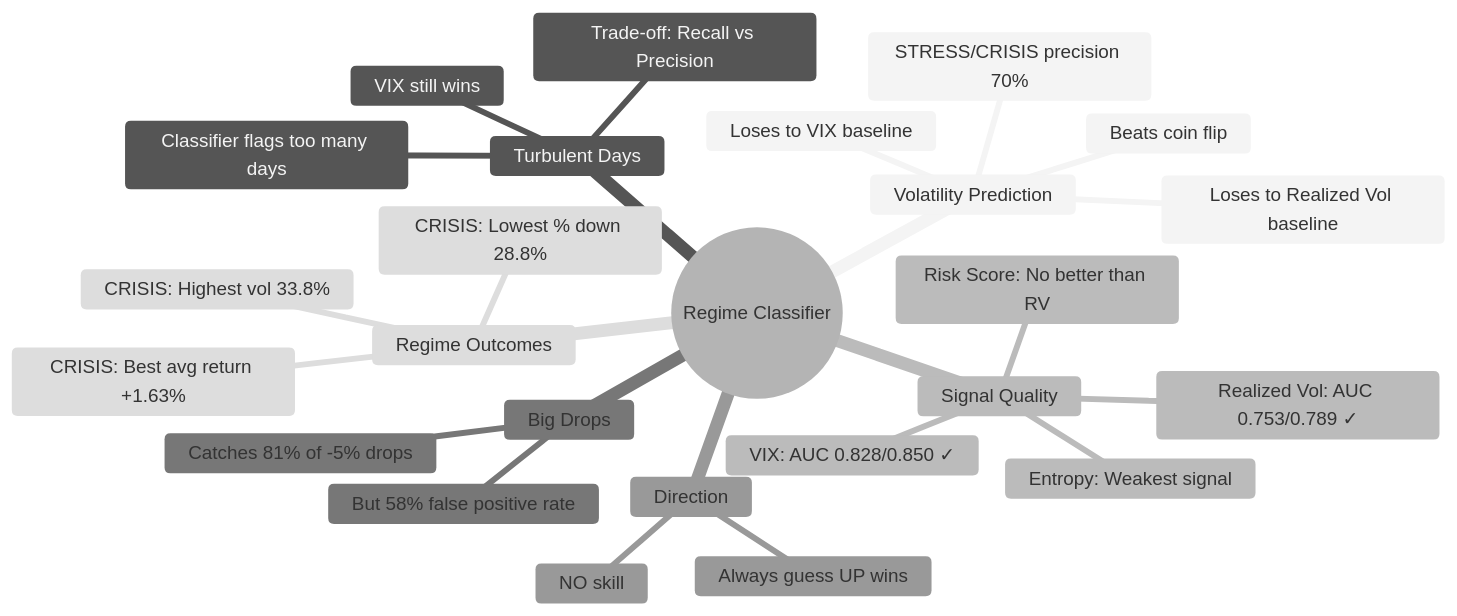
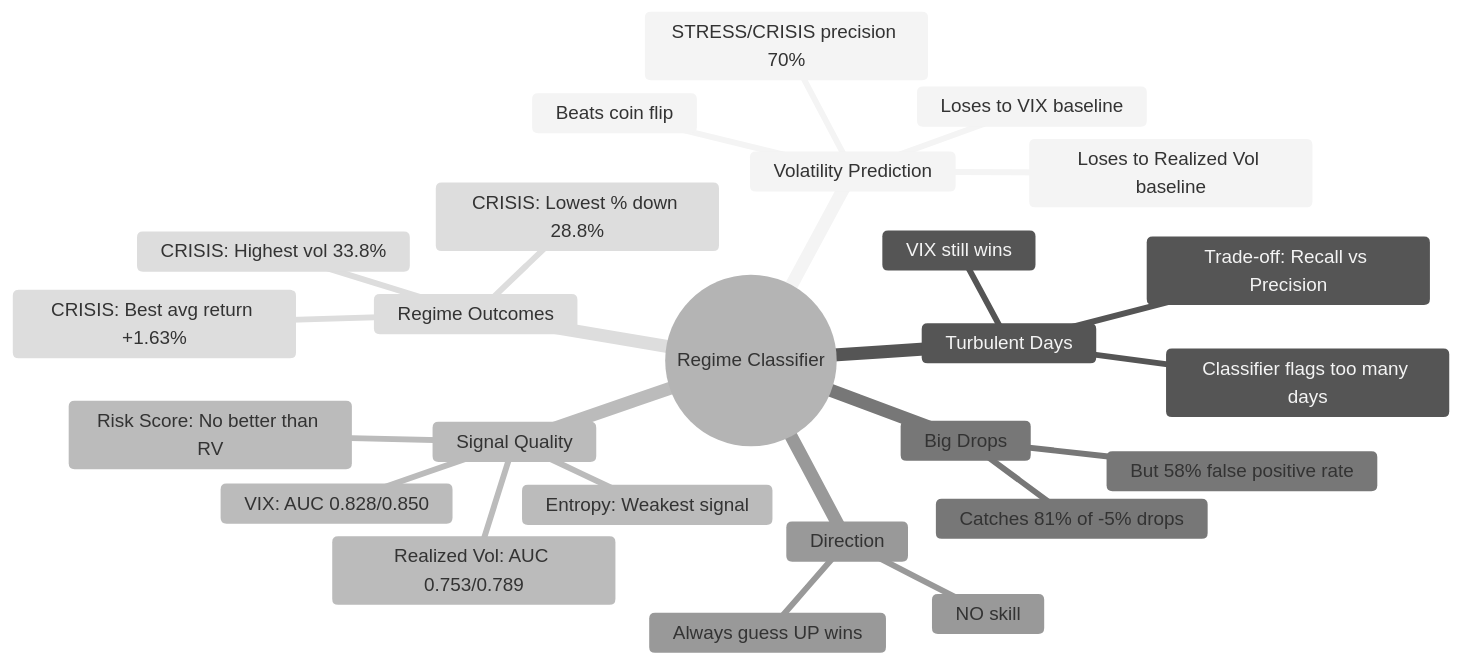
One commit to VarunGore36/regime-classifier changed diagram 20 of 20 in VISUALIZATION.md. Above: the diagram before and after it, drawn with Mermaid (neutral theme). The commit also changed other lines of this file, not shown here.

````diff
--- a/VISUALIZATION.md
+++ b/VISUALIZATION.md
@@ -343,28 +343,28 @@
 ```mermaid
 mindmap
   root((Regime Classifier))
     Volatility Prediction
       Beats coin flip
       Loses to VIX baseline
       Loses to Realized Vol baseline
       STRESS/CRISIS precision 70%
     Turbulent Days
       VIX still wins
       Trade-off: Recall vs Precision
       Classifier flags too many days
     Signal Quality
-      VIX: AUC 0.828/0.850 ✓
-      Realized Vol: AUC 0.753/0.789 ✓
+      VIX: AUC 0.828/0.850
+      Realized Vol: AUC 0.753/0.789
       Risk Score: No better than RV
       Entropy: Weakest signal
     Big Drops
       Catches 81% of -5% drops
       But 58% false positive rate
     Direction
       NO skill
       Always guess UP wins
     Regime Outcomes
       CRISIS: Highest vol 33.8%
       CRISIS: Best avg return +1.63%
       CRISIS: Lowest % down 28.8%
 ```
````
